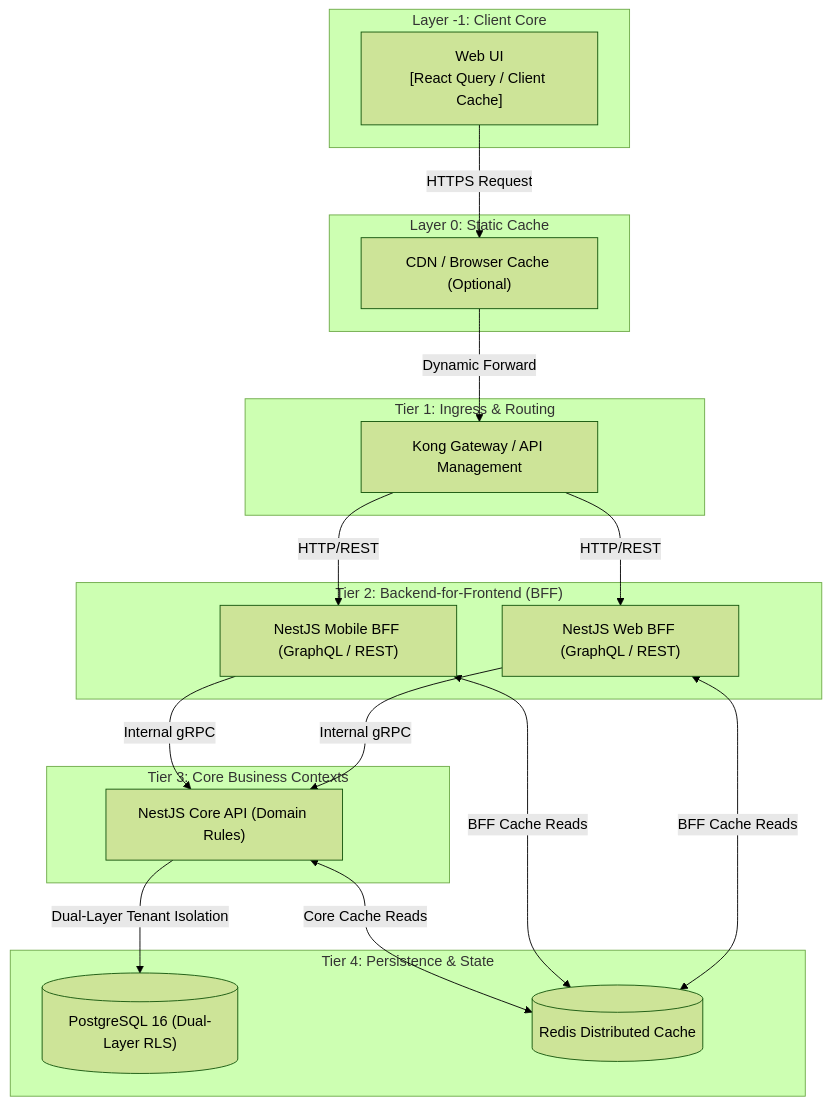
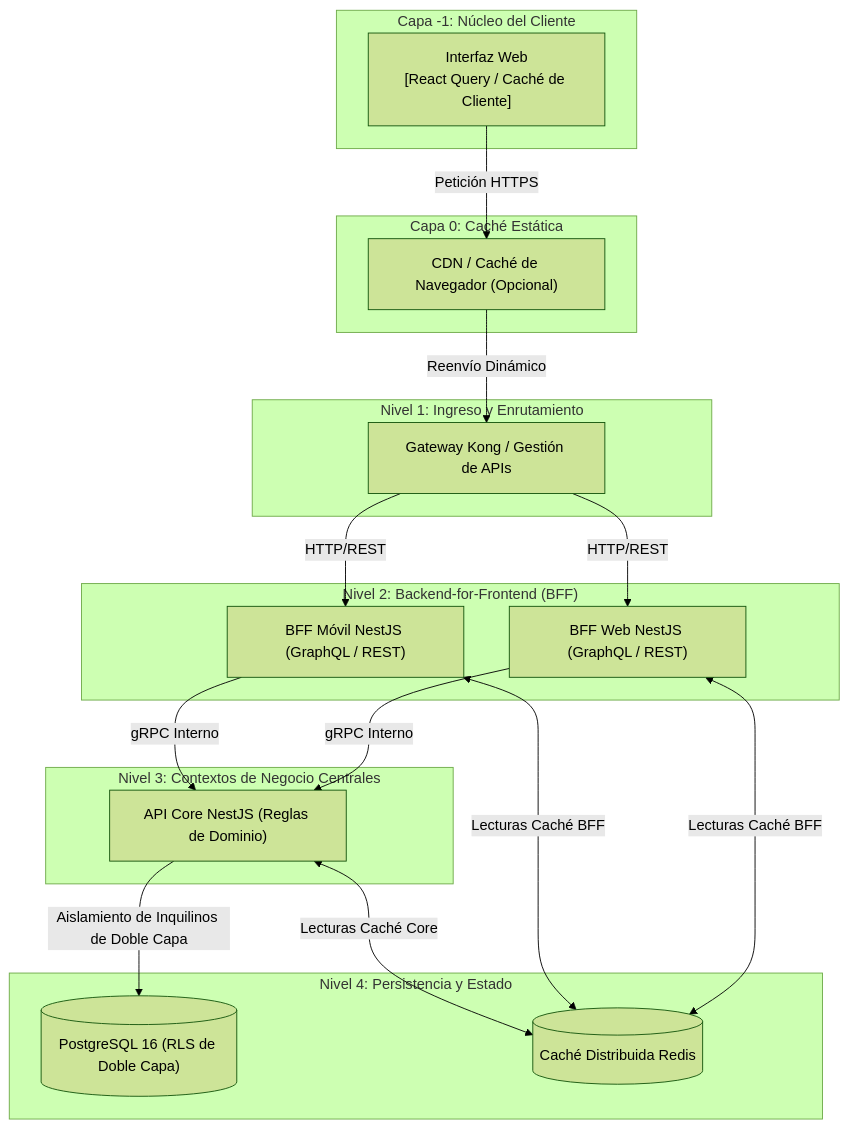
One commit to beyondnetcode/arc32_progresive_monolith changed the second of 3 diagrams in arc-corporate-ws/corporate-standards-es/01-architecture/c4-topology-spec.md. Above: the diagram before and after it, drawn with Mermaid (forest theme). The commit also changed other lines of this file and 89 other files, not shown here.

````diff
--- a/arc-corporate-ws/corporate-standards-es/01-architecture/c4-topology-spec.md
+++ b/arc-corporate-ws/corporate-standards-es/01-architecture/c4-topology-spec.md
@@ -48,42 +48,42 @@
 ```mermaid
 graph TD
-    subgraph ClientLayer["Layer -1: Client Core"]
-        WebClient["Web UI\n[React Query / Client Cache]"]
+    subgraph ClientLayer["Capa -1: Núcleo del Cliente"]
+        WebClient["Interfaz Web\n[React Query / Caché de Cliente]"]
     end
 
-    subgraph PublicEdge["Layer 0: Static Cache"]
-        CDN["CDN / Browser Cache (Optional)"]
+    subgraph PublicEdge["Capa 0: Caché Estática"]
+        CDN["CDN / Caché de Navegador (Opcional)"]
     end
 
-    subgraph EntryLayer["Tier 1: Ingress & Routing"]
-        KongGateway["Kong Gateway / API Management"]
+    subgraph EntryLayer["Nivel 1: Ingreso y Enrutamiento"]
+        KongGateway["Gateway Kong / Gestión de APIs"]
     end
 
-    subgraph BFFLayer["Tier 2: Backend-for-Frontend (BFF)"]
-        WebBFF["NestJS Web BFF (GraphQL / REST)"]
-        MobileBFF["NestJS Mobile BFF (GraphQL / REST)"]
+    subgraph BFFLayer["Nivel 2: Backend-for-Frontend (BFF)"]
+        WebBFF["BFF Web NestJS (GraphQL / REST)"]
+        MobileBFF["BFF Móvil NestJS (GraphQL / REST)"]
     end
 
-    subgraph ApplicationLayer["Tier 3: Core Business Contexts"]
-        MainAPI["NestJS Core API (Domain Rules)"]
+    subgraph ApplicationLayer["Nivel 3: Contextos de Negocio Centrales"]
+        MainAPI["API Core NestJS (Reglas de Dominio)"]
     end
 
-    subgraph StorageLayer["Tier 4: Persistence & State"]
-        PostgresSQL[("PostgreSQL 16 (Dual-Layer RLS)")]
-        RedisCache[("Redis Distributed Cache")]
+    subgraph StorageLayer["Nivel 4: Persistencia y Estado"]
+        PostgresSQL[("PostgreSQL 16 (RLS de Doble Capa)")]
+        RedisCache[("Caché Distribuida Redis")]
     end
 
-    WebClient -->|HTTPS Request| CDN
-    CDN -->|Dynamic Forward| KongGateway
+    WebClient -->|Petición HTTPS| CDN
+    CDN -->|Reenvío Dinámico| KongGateway
     KongGateway -->|HTTP/REST| WebBFF
     KongGateway -->|HTTP/REST| MobileBFF
     
-    WebBFF <-->|BFF Cache Reads| RedisCache
-    WebBFF -->|Internal gRPC| MainAPI
+    WebBFF <-->|Lecturas Caché BFF| RedisCache
+    WebBFF -->|gRPC Interno| MainAPI
     
-    MobileBFF <-->|BFF Cache Reads| RedisCache
-    MobileBFF -->|Internal gRPC| MainAPI
+    MobileBFF <-->|Lecturas Caché BFF| RedisCache
+    MobileBFF -->|gRPC Interno| MainAPI
     
-    MainAPI -->|Dual-Layer Tenant Isolation| PostgresSQL
-    MainAPI <-->|Core Cache Reads| RedisCache
+    MainAPI -->|Aislamiento de Inquilinos de Doble Capa| PostgresSQL
+    MainAPI <-->|Lecturas Caché Core| RedisCache
 ```
````
